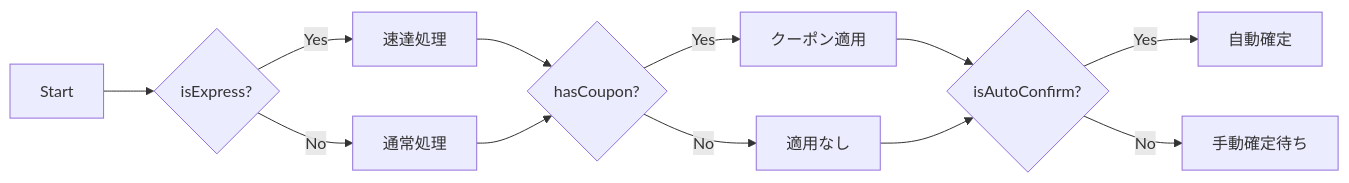
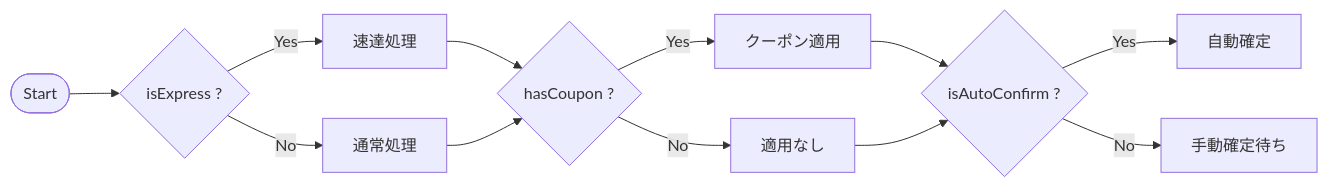
One commit to SakakitaniJunya/zenn-articles changed the second of 3 diagrams in books/clean-arch-book/01-why-if-grows.md. Above: the diagram before and after it, drawn with Mermaid. The commit also changed other lines of this file, not shown here.

First line of the commit message:
fix(book): 第 1 章の Mermaid 図 3 つを Zenn の Mermaid v11 で動く形に修正

````diff
--- a/books/clean-arch-book/01-why-if-grows.md
+++ b/books/clean-arch-book/01-why-if-grows.md
@@ -94,14 +93,14 @@
 ```mermaid
 flowchart LR
-    Start --> If1{isExpress?}
-    If1 -->|Yes| A1[速達処理]
-    If1 -->|No| A2[通常処理]
-    A1 --> If2{hasCoupon?}
+    Start([Start]) --> If1{"isExpress ?"}
+    If1 -->|Yes| A1["速達処理"]
+    If1 -->|No| A2["通常処理"]
+    A1 --> If2{"hasCoupon ?"}
     A2 --> If2
-    If2 -->|Yes| B1[クーポン適用]
-    If2 -->|No| B2[適用なし]
-    B1 --> If3{isAutoConfirm?}
+    If2 -->|Yes| B1["クーポン適用"]
+    If2 -->|No| B2["適用なし"]
+    B1 --> If3{"isAutoConfirm ?"}
     B2 --> If3
-    If3 -->|Yes| C1[自動確定]
-    If3 -->|No| C2[手動確定待ち]
+    If3 -->|Yes| C1["自動確定"]
+    If3 -->|No| C2["手動確定待ち"]
 ```
````
